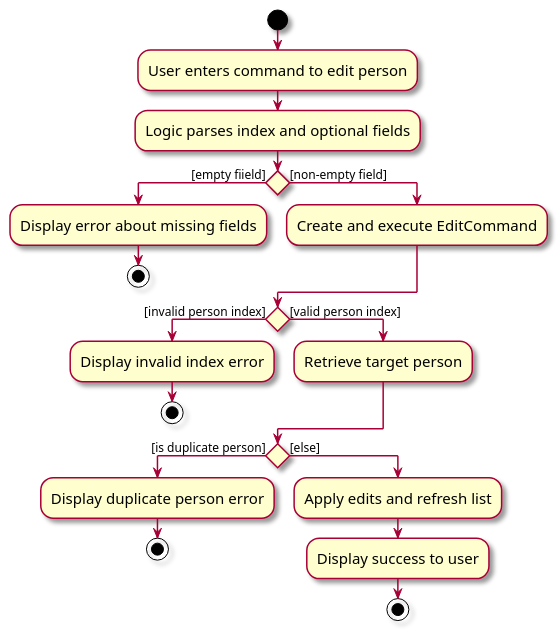
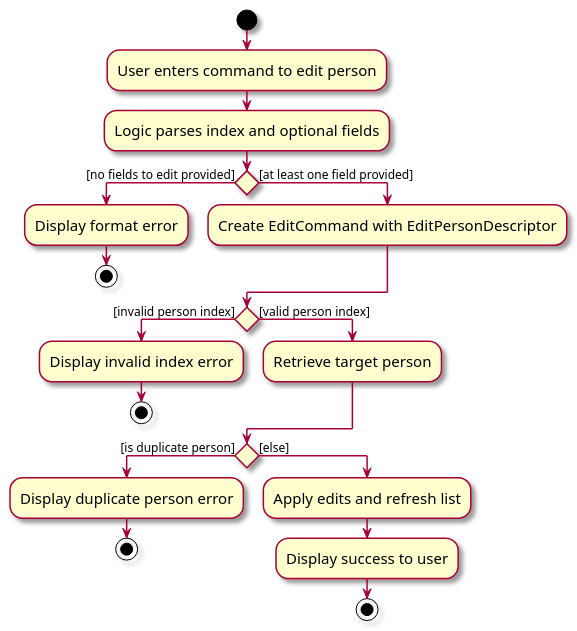
Before and after one commit to tonyvict/tp: the diagram in docs/diagrams/EditCommandActivityDiagram.puml, drawn with PlantUML.

Commit message:
Update EditCommand activity diagram

```diff
--- a/docs/diagrams/EditCommandActivityDiagram.puml
+++ b/docs/diagrams/EditCommandActivityDiagram.puml
@@ -1,29 +1,29 @@
 @startuml
 skin rose
 skinparam ActivityFontSize 15
 skinparam ArrowFontSize 12
 start
 :User enters command to edit person;
 :Logic parses index and optional fields;
-if () then ([empty fiield])
-  :Display error about missing fields;
+if () then ([no fields to edit provided])
+  :Display format error;
   stop
-else ([non-empty field])
-  :Create and execute EditCommand;
+else ([at least one field provided])
+  :Create EditCommand with EditPersonDescriptor;
 endif
 if () then ([invalid person index])
   :Display invalid index error;
   stop
 else ([valid person index])
   :Retrieve target person;
 endif
 if () then ([is duplicate person])
   :Display duplicate person error;
   stop
 else ([else])
   :Apply edits and refresh list;
   :Display success to user;
   stop
 endif
 
 @enduml
```
